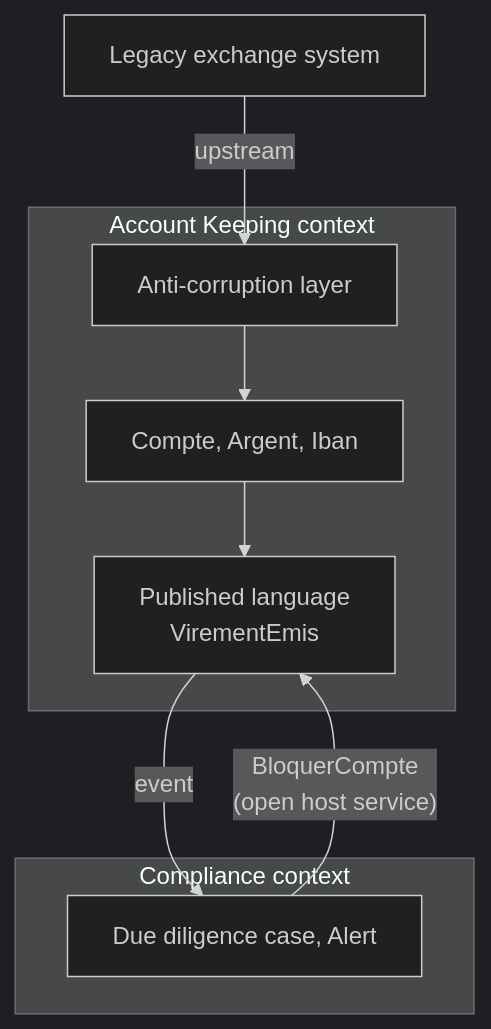
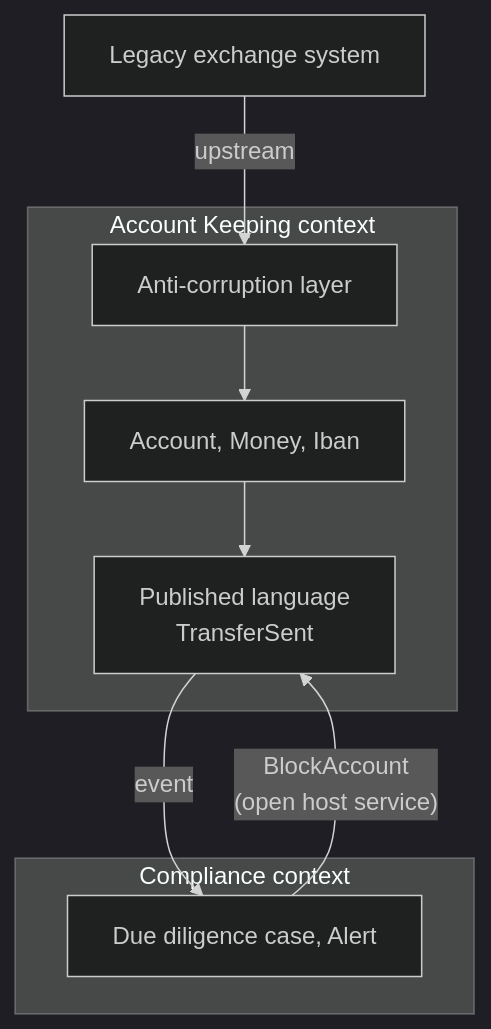
The diagram in Docs/en/fiches/11-ddd.md (drangoht/ArchitecturesDemo), drawn with Mermaid (dark theme) before and after one commit. The commit also changed other lines of this file and 78 other files, not shown here.

First line of the commit message:
Docs EN : identifiants, liens, diagrammes et sorties alignés sur le code anglais

````diff
--- a/Docs/en/fiches/11-ddd.md
+++ b/Docs/en/fiches/11-ddd.md
@@ -10,12 +10,12 @@
 ```mermaid
 flowchart TB
     H["Legacy exchange system"] -->|upstream| ACL["Anti-corruption layer"]
     subgraph TDC["Account Keeping context"]
-        ACL --> Dom["Compte, Argent, Iban"] --> PL["Published language<br/>VirementEmis"]
+        ACL --> Dom["Account, Money, Iban"] --> PL["Published language<br/>TransferSent"]
     end
     subgraph CONF["Compliance context"]
         S["Due diligence case, Alert"]
     end
     PL -->|event| S
-    S -->|"BloquerCompte<br/>(open host service)"| PL
+    S -->|"BlockAccount<br/>(open host service)"| PL
 ```
````
